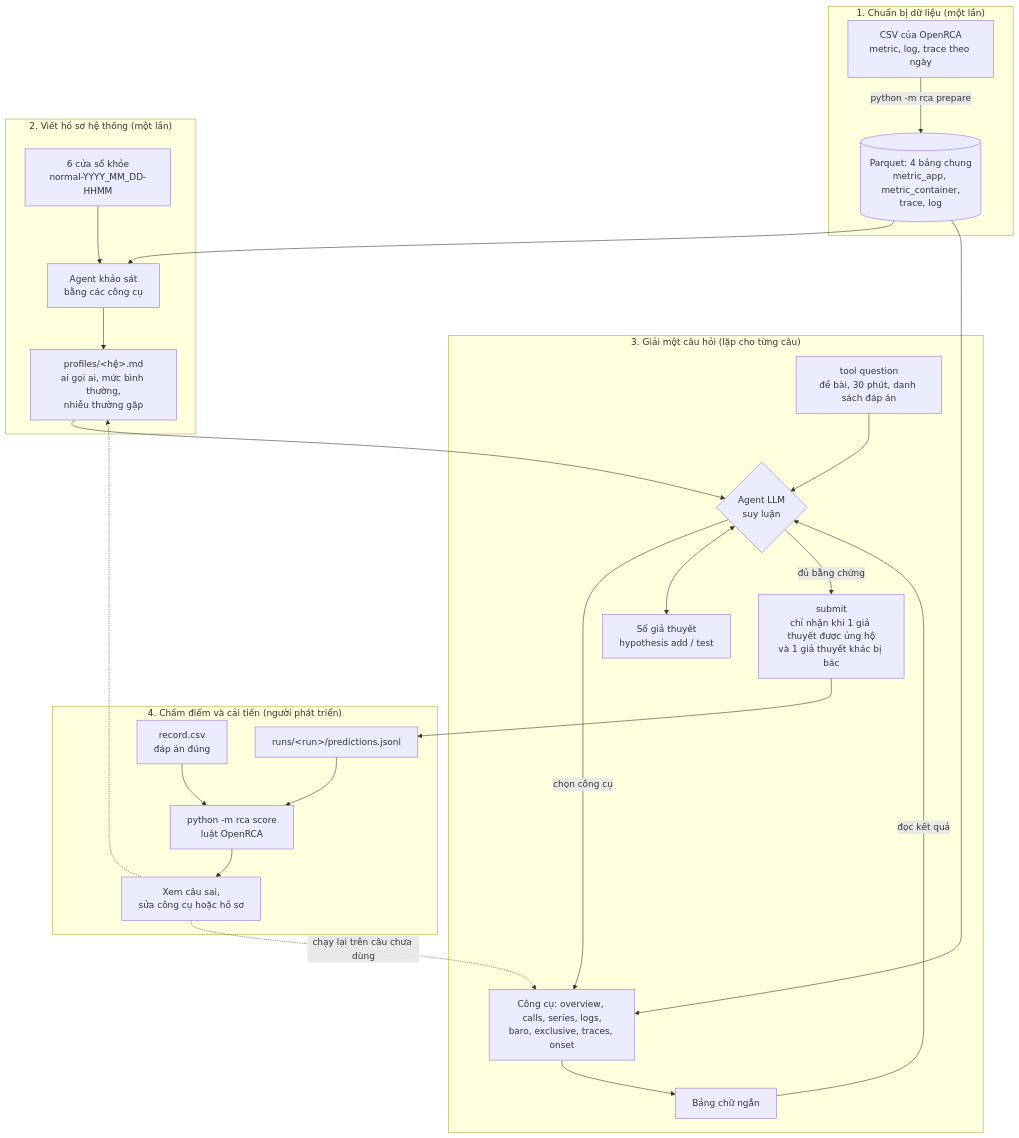
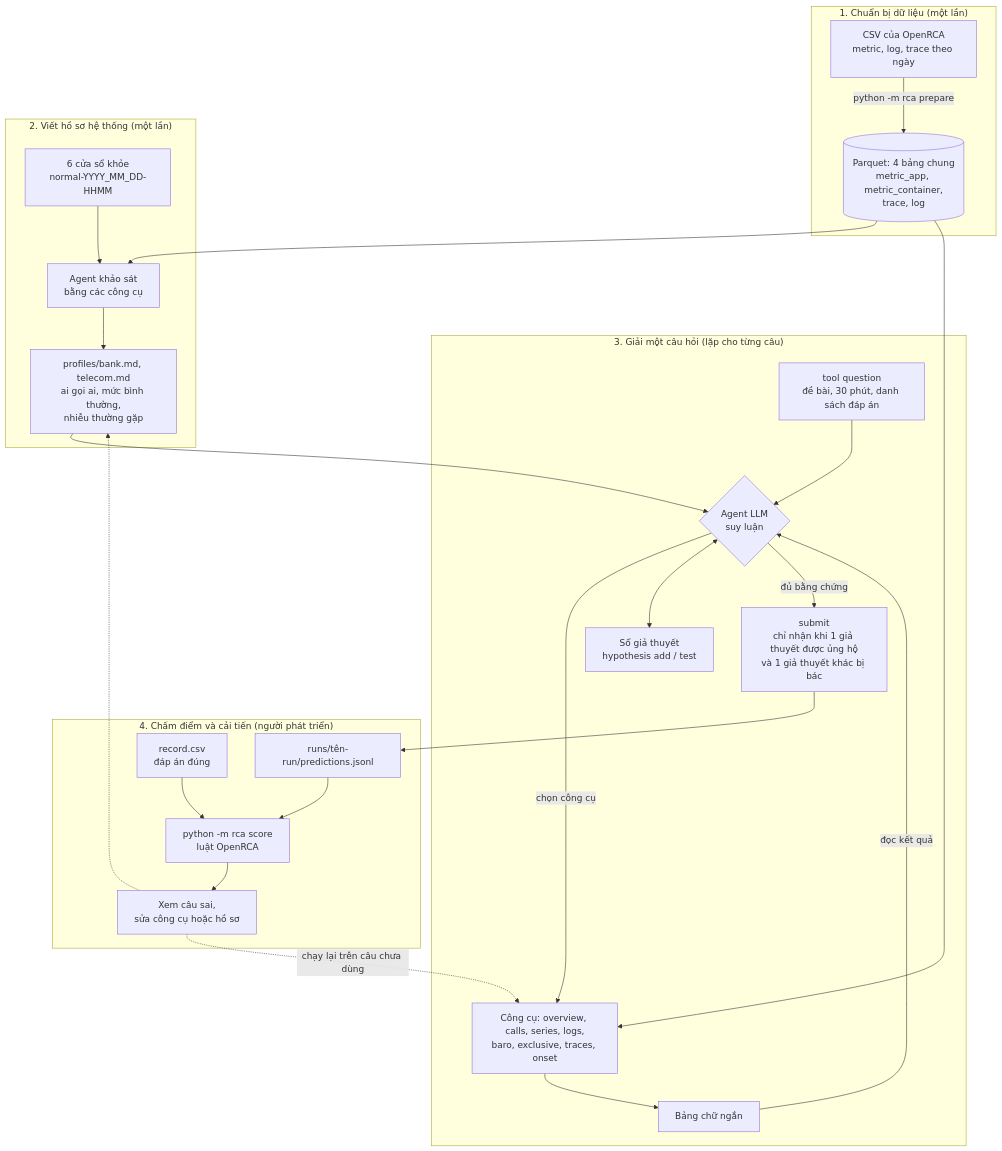
Before and after one commit to d2mteam/rca-agent: the diagram in README.md, drawn with Mermaid.

Commit message:
docs: plain labels in the pipeline diagram

````diff
--- a/README.md
+++ b/README.md
@@ -396,47 +396,47 @@
 ```mermaid
 flowchart TD
     subgraph S1["1. Chuẩn bị dữ liệu (một lần)"]
         CSV["CSV của OpenRCA<br/>metric, log, trace theo ngày"]
         PQ[("Parquet: 4 bảng chung<br/>metric_app, metric_container,<br/>trace, log")]
         CSV -- "python -m rca prepare" --> PQ
     end
 
     subgraph S2["2. Viết hồ sơ hệ thống (một lần)"]
         NW["6 cửa sổ khỏe<br/>normal-YYYY_MM_DD-HHMM"]
         PA["Agent khảo sát<br/>bằng các công cụ"]
-        PF["profiles/&lt;hệ&gt;.md<br/>ai gọi ai, mức bình thường,<br/>nhiễu thường gặp"]
+        PF["profiles/bank.md, telecom.md<br/>ai gọi ai, mức bình thường,<br/>nhiễu thường gặp"]
         NW --> PA --> PF
     end
 
     subgraph S3["3. Giải một câu hỏi (lặp cho từng câu)"]
         Q["tool question<br/>đề bài, 30 phút, danh sách đáp án"]
         A{"Agent LLM<br/>suy luận"}
         T["Công cụ: overview, calls, series, logs,<br/>baro, exclusive, traces, onset"]
         OUT["Bảng chữ ngắn"]
         H["Sổ giả thuyết<br/>hypothesis add / test"]
         SUB["submit<br/>chỉ nhận khi 1 giả thuyết được ủng hộ<br/>và 1 giả thuyết khác bị bác"]
         Q --> A
         A -- "chọn công cụ" --> T
         T --> OUT
         OUT -- "đọc kết quả" --> A
         A <--> H
         A -- "đủ bằng chứng" --> SUB
     end
 
     subgraph S4["4. Chấm điểm và cải tiến (người phát triển)"]
-        PRED["runs/&lt;run&gt;/predictions.jsonl"]
+        PRED["runs/tên-run/predictions.jsonl"]
         SC["python -m rca score<br/>luật OpenRCA"]
         REC["record.csv<br/>đáp án đúng"]
         FIX["Xem câu sai,<br/>sửa công cụ hoặc hồ sơ"]
         PRED --> SC
         REC --> SC
         SC --> FIX
     end
 
     PQ --> PA
     PQ --> T
     PF --> A
     SUB --> PRED
     FIX -. "chạy lại trên câu chưa dùng" .-> T
     FIX -.-> PF
 ```
````
